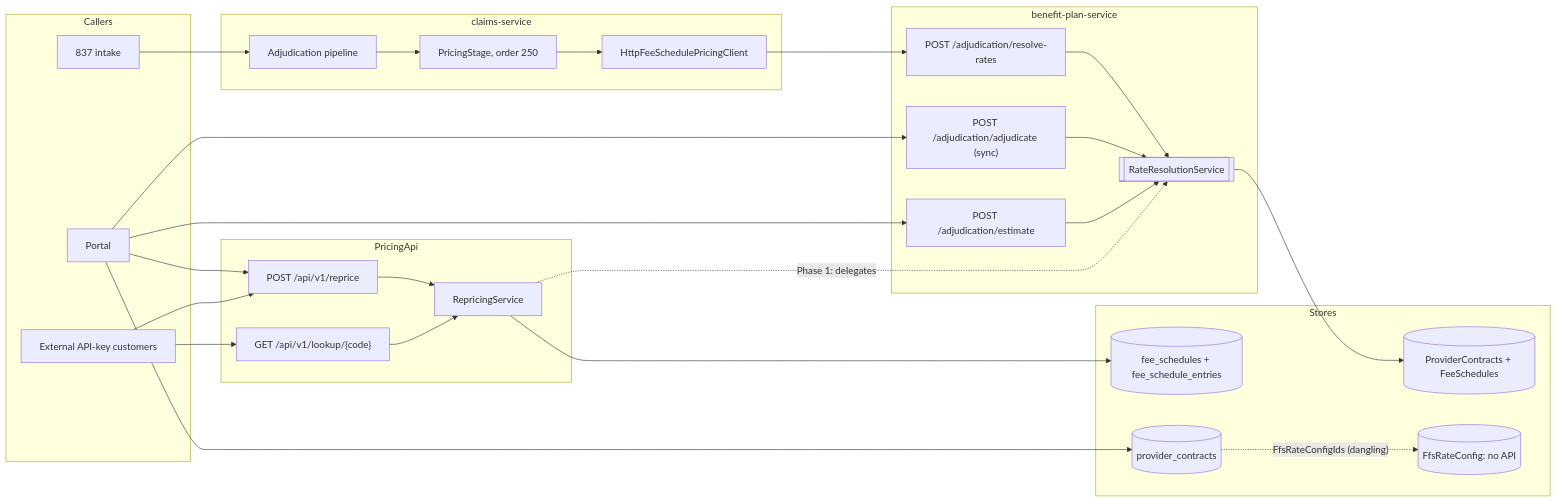
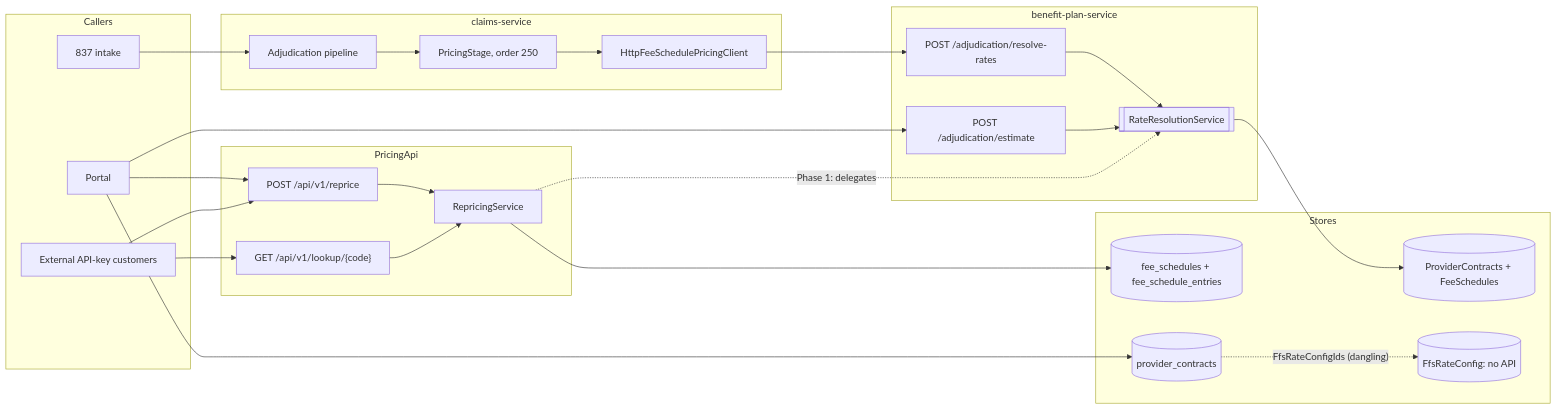
The diagram in docs/adr/016-unified-contract-pricing.md (aurelianware/cloudhealthoffice), drawn with Mermaid before and after one commit. The commit also changed 43 other files, not shown here.

````diff
--- a/docs/adr/016-unified-contract-pricing.md
+++ b/docs/adr/016-unified-contract-pricing.md
@@ -50,46 +50,44 @@
 ```mermaid
 flowchart LR
   subgraph Callers
     Portal[Portal]
     Ext[External API-key customers]
     X12[837 intake]
   end
 
   subgraph claims-service
     Pipeline[Adjudication pipeline]
     PricingStage[PricingStage, order 250]
     HttpClient[HttpFeeSchedulePricingClient]
   end
 
   subgraph benefit-plan-service
     ResolveRates["POST /adjudication/resolve-rates"]
-    Adjudicate["POST /adjudication/adjudicate (sync)"]
     Estimate["POST /adjudication/estimate"]
     RRS[[RateResolutionService]]
   end
 
   subgraph PricingApi
     Reprice["POST /api/v1/reprice"]
     Lookup["GET /api/v1/lookup/{code}"]
     Repricing[RepricingService]
   end
 
   subgraph Stores
     EngineStore[(ProviderContracts + FeeSchedules)]
     PricingStore[(fee_schedules + fee_schedule_entries)]
     LegalStore[(provider_contracts)]
     Ffs[(FfsRateConfig: no API)]
   end
 
   X12 --> Pipeline --> PricingStage --> HttpClient --> ResolveRates --> RRS
-  Portal --> Adjudicate --> RRS
   Portal --> Estimate --> RRS
   RRS --> EngineStore
   Portal --> Reprice
   Ext --> Reprice --> Repricing
   Ext --> Lookup --> Repricing
   Repricing -. "Phase 1: delegates" .-> RRS
   Repricing --> PricingStore
   Portal --> LegalStore
   LegalStore -. "FfsRateConfigIds (dangling)" .-> Ffs
 ```
````
